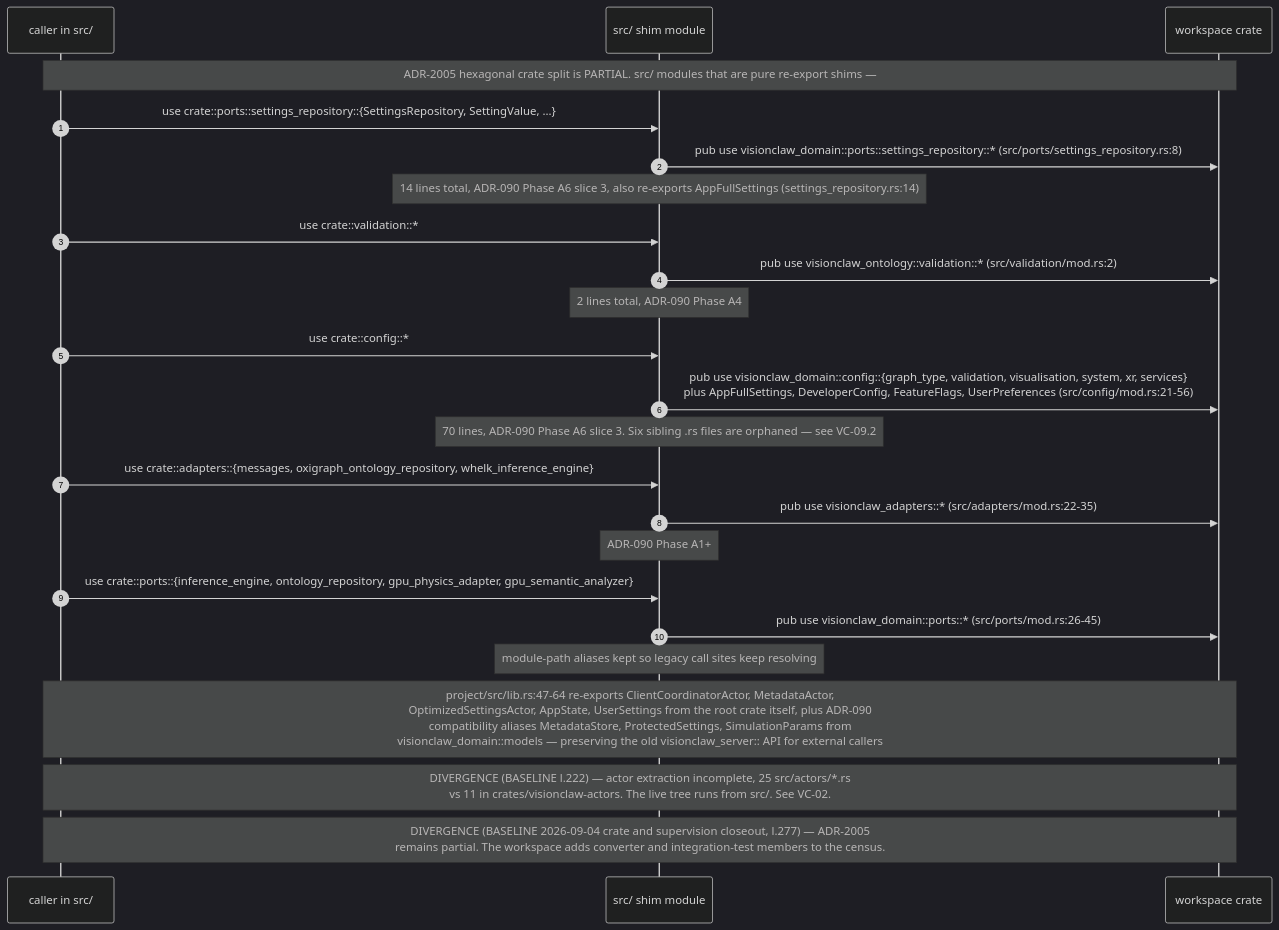
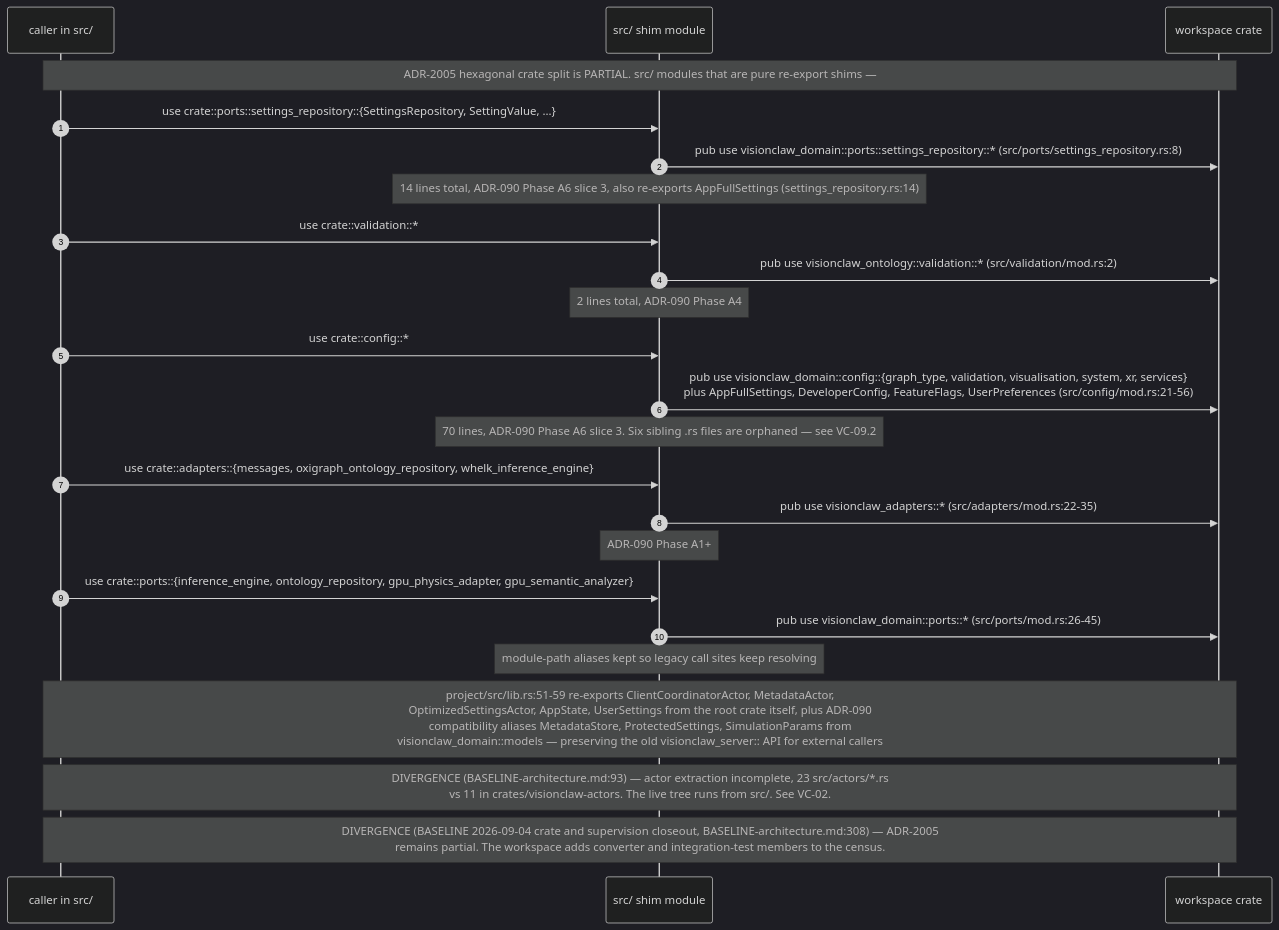
One commit to DreamLab-AI/VisionFlow changed the second of 9 diagrams in docs/diagrams/visionclaw/07-hexagonal-ports-and-crates.md. Above: the diagram before and after it, drawn with Mermaid (dark theme). The commit also changed other lines of this file and 111 other files, not shown here.

Commit message:
docs(diagrams): align estate maps with current source

````diff
--- a/docs/diagrams/visionclaw/07-hexagonal-ports-and-crates.md
+++ b/docs/diagrams/visionclaw/07-hexagonal-ports-and-crates.md
@@ -111,27 +112,27 @@
 ```mermaid
 sequenceDiagram
     autonumber
     participant C as caller in src/
     participant SH as src/ shim module
     participant CR as workspace crate
 
     Note over C,CR: ADR-2005 hexagonal crate split is PARTIAL. src/ modules that are pure re-export shims —
     C->>SH: use crate::ports::settings_repository::{SettingsRepository, SettingValue, ...}
     SH->>CR: pub use visionclaw_domain::ports::settings_repository::* (src/ports/settings_repository.rs:8)
     Note over SH: 14 lines total, ADR-090 Phase A6 slice 3, also re-exports AppFullSettings (settings_repository.rs:14)
     C->>SH: use crate::validation::*
     SH->>CR: pub use visionclaw_ontology::validation::* (src/validation/mod.rs:2)
     Note over SH: 2 lines total, ADR-090 Phase A4
     C->>SH: use crate::config::*
     SH->>CR: pub use visionclaw_domain::config::{graph_type, validation, visualisation, system, xr, services}<br/>plus AppFullSettings, DeveloperConfig, FeatureFlags, UserPreferences (src/config/mod.rs:21-56)
     Note over SH: 70 lines, ADR-090 Phase A6 slice 3. Six sibling .rs files are orphaned — see VC-09.2
     C->>SH: use crate::adapters::{messages, oxigraph_ontology_repository, whelk_inference_engine}
     SH->>CR: pub use visionclaw_adapters::* (src/adapters/mod.rs:22-35)
     Note over SH: ADR-090 Phase A1+
     C->>SH: use crate::ports::{inference_engine, ontology_repository, gpu_physics_adapter, gpu_semantic_analyzer}
     SH->>CR: pub use visionclaw_domain::ports::* (src/ports/mod.rs:26-45)
     Note over SH: module-path aliases kept so legacy call sites keep resolving
-    Note over C,CR: project/src/lib.rs:47-64 re-exports ClientCoordinatorActor, MetadataActor,<br/>OptimizedSettingsActor, AppState, UserSettings from the root crate itself, plus ADR-090<br/>compatibility aliases MetadataStore, ProtectedSettings, SimulationParams from<br/>visionclaw_domain::models — preserving the old visionclaw_server:: API for external callers
-    Note over C,CR: DIVERGENCE (BASELINE l.222) — actor extraction incomplete, 25 src/actors/*.rs<br/>vs 11 in crates/visionclaw-actors. The live tree runs from src/. See VC-02.
-    Note over C,CR: DIVERGENCE (BASELINE 2026-09-04 crate and supervision closeout, l.277) — ADR-2005<br/>remains partial. The workspace adds converter and integration-test members to the census.
+    Note over C,CR: project/src/lib.rs:51-59 re-exports ClientCoordinatorActor, MetadataActor,<br/>OptimizedSettingsActor, AppState, UserSettings from the root crate itself, plus ADR-090<br/>compatibility aliases MetadataStore, ProtectedSettings, SimulationParams from<br/>visionclaw_domain::models — preserving the old visionclaw_server:: API for external callers
+    Note over C,CR: DIVERGENCE (BASELINE-architecture.md:93) — actor extraction incomplete, 23 src/actors/*.rs<br/>vs 11 in crates/visionclaw-actors. The live tree runs from src/. See VC-02.
+    Note over C,CR: DIVERGENCE (BASELINE 2026-09-04 crate and supervision closeout, BASELINE-architecture.md:308) — ADR-2005<br/>remains partial. The workspace adds converter and integration-test members to the census.
 ```
````
